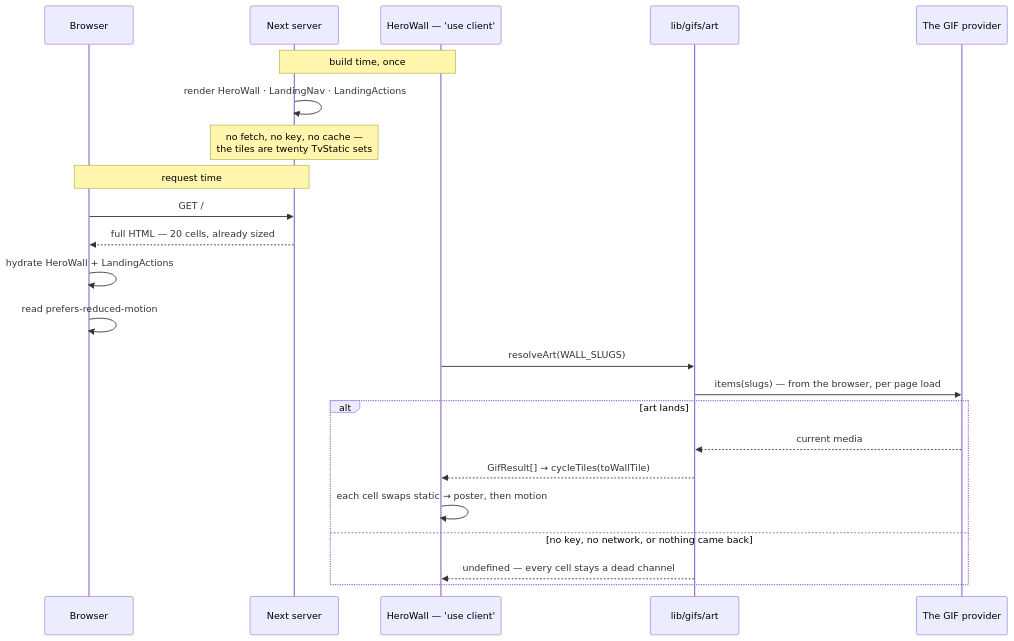
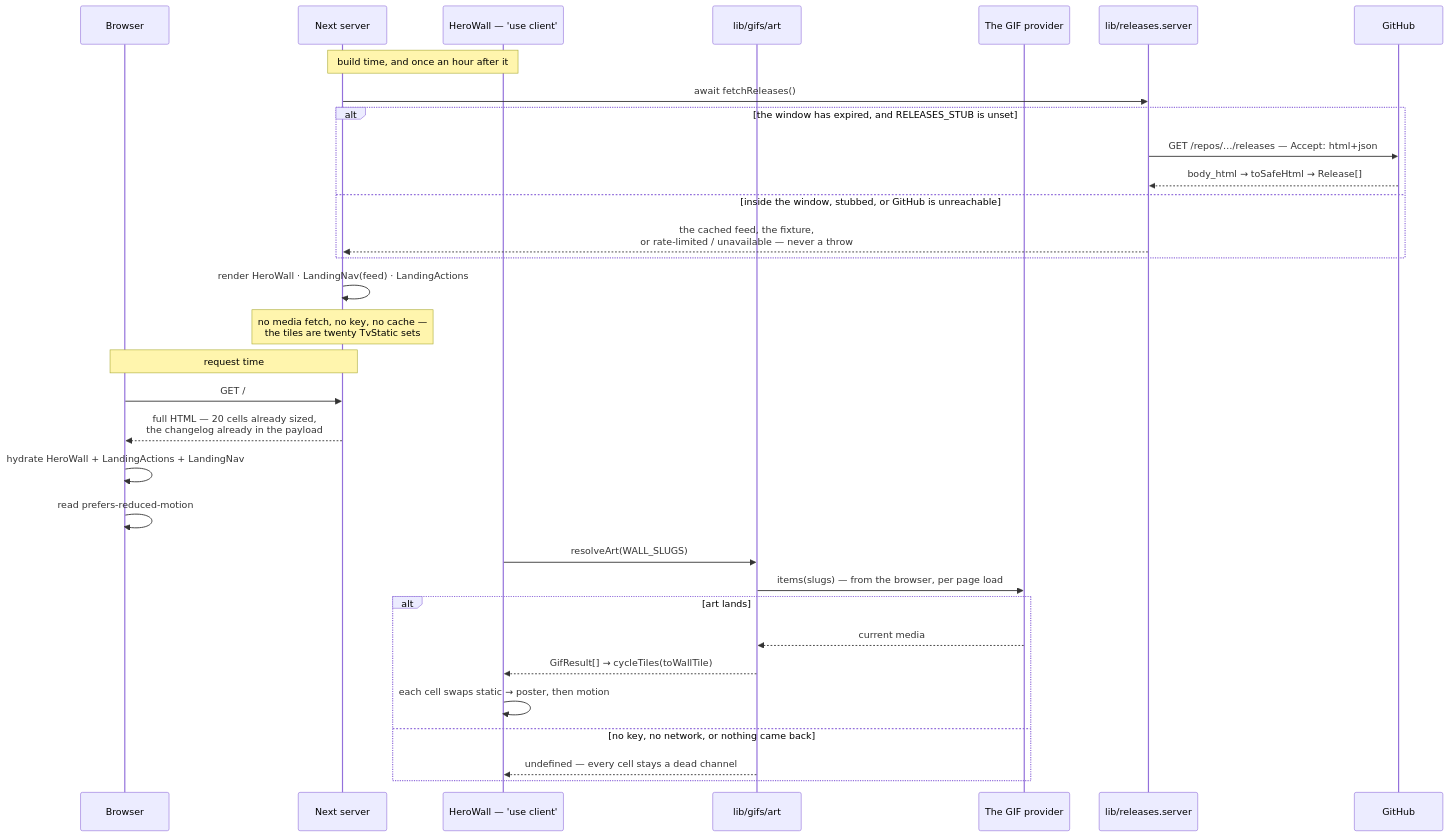
The tenth of 14 diagrams in docs/architecture.md (Jmeza081/captionist), drawn with Mermaid before and after one commit. The commit also changed other lines of this file and 3 other files, not shown here.

````diff
--- a/docs/architecture.md
+++ b/docs/architecture.md
@@ -3503,27 +3770,36 @@
 ```mermaid
 sequenceDiagram
   participant B as Browser
   participant N as Next server
   participant H as HeroWall — 'use client'
   participant A as lib/gifs/art
   participant G as The GIF provider
+  participant R as lib/releases.server
+  participant GH as GitHub
 
-  Note over N,H: build time, once
-  N->>N: render HeroWall · LandingNav · LandingActions
-  Note over N: no fetch, no key, no cache —<br/>the tiles are twenty TvStatic sets
+  Note over N,H: build time, and once an hour after it
+  N->>R: await fetchReleases()
+  alt the window has expired, and RELEASES_STUB is unset
+    R->>GH: GET /repos/…/releases — Accept: html+json
+    GH-->>R: body_html → toSafeHtml → Release[]
+  else inside the window, stubbed, or GitHub is unreachable
+    R-->>N: the cached feed, the fixture,<br/>or rate-limited / unavailable — never a throw
+  end
+  N->>N: render HeroWall · LandingNav(feed) · LandingActions
+  Note over N: no media fetch, no key, no cache —<br/>the tiles are twenty TvStatic sets
 
   Note over B,N: request time
   B->>N: GET /
-  N-->>B: full HTML — 20 cells, already sized
-  B->>B: hydrate HeroWall + LandingActions
+  N-->>B: full HTML — 20 cells already sized,<br/>the changelog already in the payload
+  B->>B: hydrate HeroWall + LandingActions + LandingNav
   B->>B: read prefers-reduced-motion
   H->>A: resolveArt(WALL_SLUGS)
   A->>G: items(slugs) — from the browser, per page load
   alt art lands
     G-->>A: current media
     A-->>H: GifResult[] → cycleTiles(toWallTile)
     H->>H: each cell swaps static → poster, then motion
   else no key, no network, or nothing came back
     A-->>H: undefined — every cell stays a dead channel
   end
 ```
````
